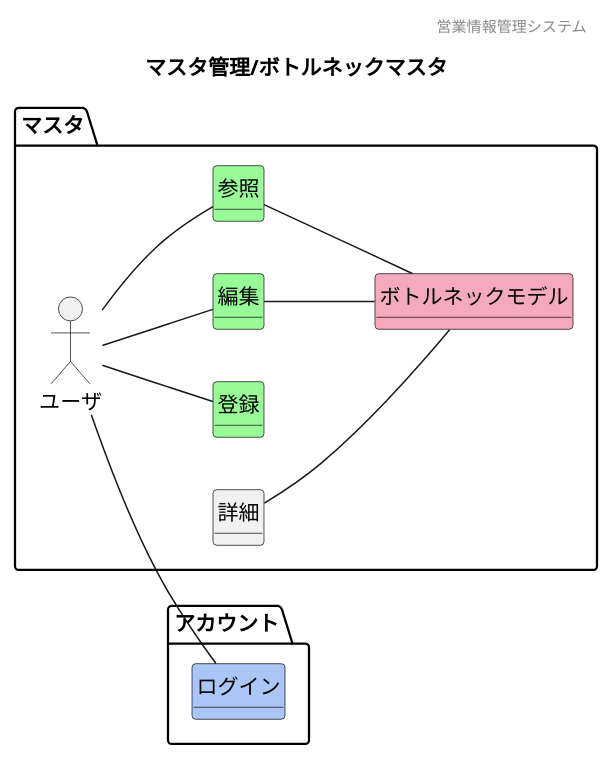
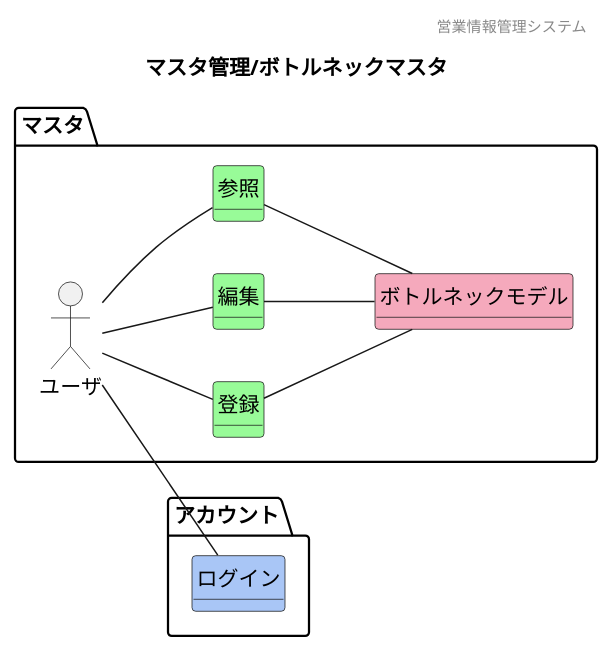
Before and after one commit to HaruShim/Sotuken: the diagram in 各種設計書/1ドメインモデル図/マスタ管理/F06ボトルネックマスタ.plantuml, drawn with PlantUML. The commit also changed 13 other files, not shown here.

```diff
--- a/各種設計書/1ドメインモデル図/マスタ管理/F06ボトルネックマスタ.plantuml
+++ b/各種設計書/1ドメインモデル図/マスタ管理/F06ボトルネックマスタ.plantuml
@@ -1,43 +1,43 @@
 @startuml images/マスタ管理/ボトルネックマスタ
 ' ヘッダー
 header 営業情報管理システム
 ' タイトル
 title マスタ管理/ボトルネックマスタ
 ' 
 hide circle
 ' 
 hide method
 left to right direction
 
 package "アカウント"{
     class "ログイン" #A9C6F6
 }
 
 package "マスタ" {
     'ユーザや外部システム
     mix_actor "ユーザ"
     class "登録" #98fb98
     class "編集" #98fb98
     class "参照" #98fb98
     class "ボトルネックモデル" #F5A9BC
     ' class "" #F5A9BC
     ' class "" #ffd700
 
     'モデル同士の関係
     ユーザ -- 参照
     ユーザ -- 編集
     ユーザ -- 登録
     ユーザ -- ログイン
     参照 -- ボトルネックモデル
     編集 -- ボトルネックモデル
-    詳細 -- ボトルネックモデル
+    登録 -- ボトルネックモデル
     ' ER図の記載がないため飛ばす
     ' ボトルネックモデル
 
     'ドメインクラスの属性
 
 }
 
 
 
 @enduml
```
